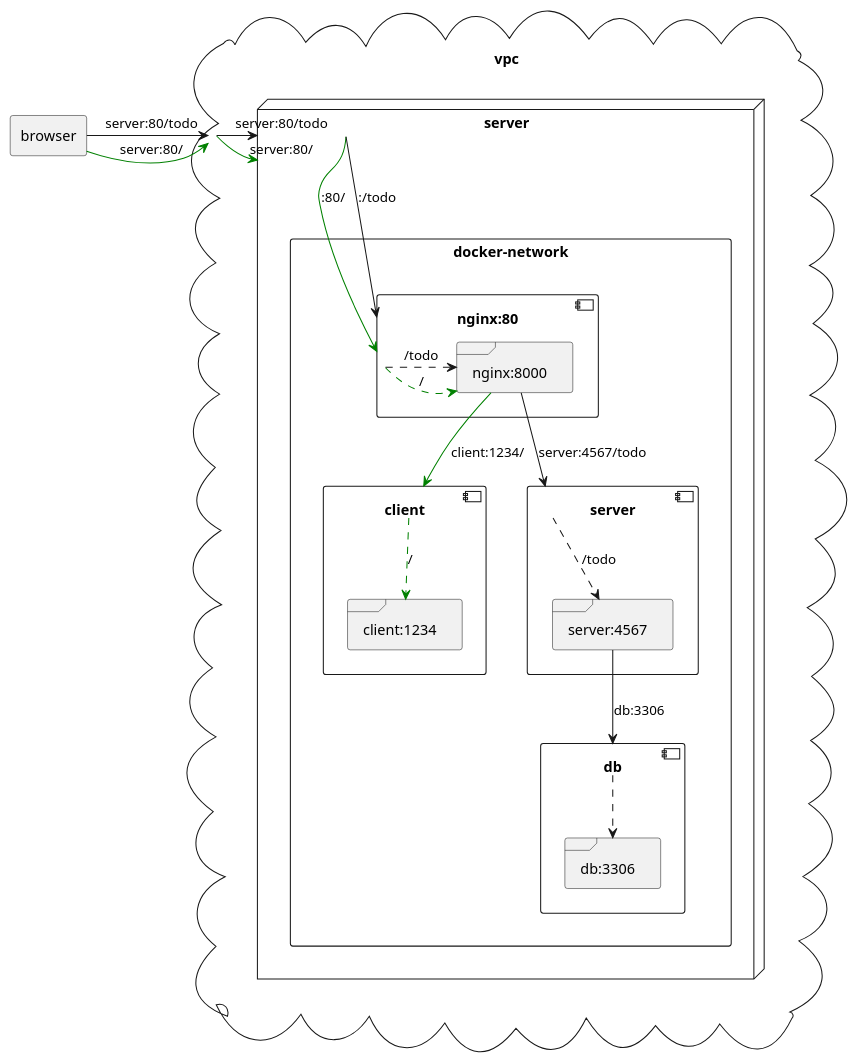
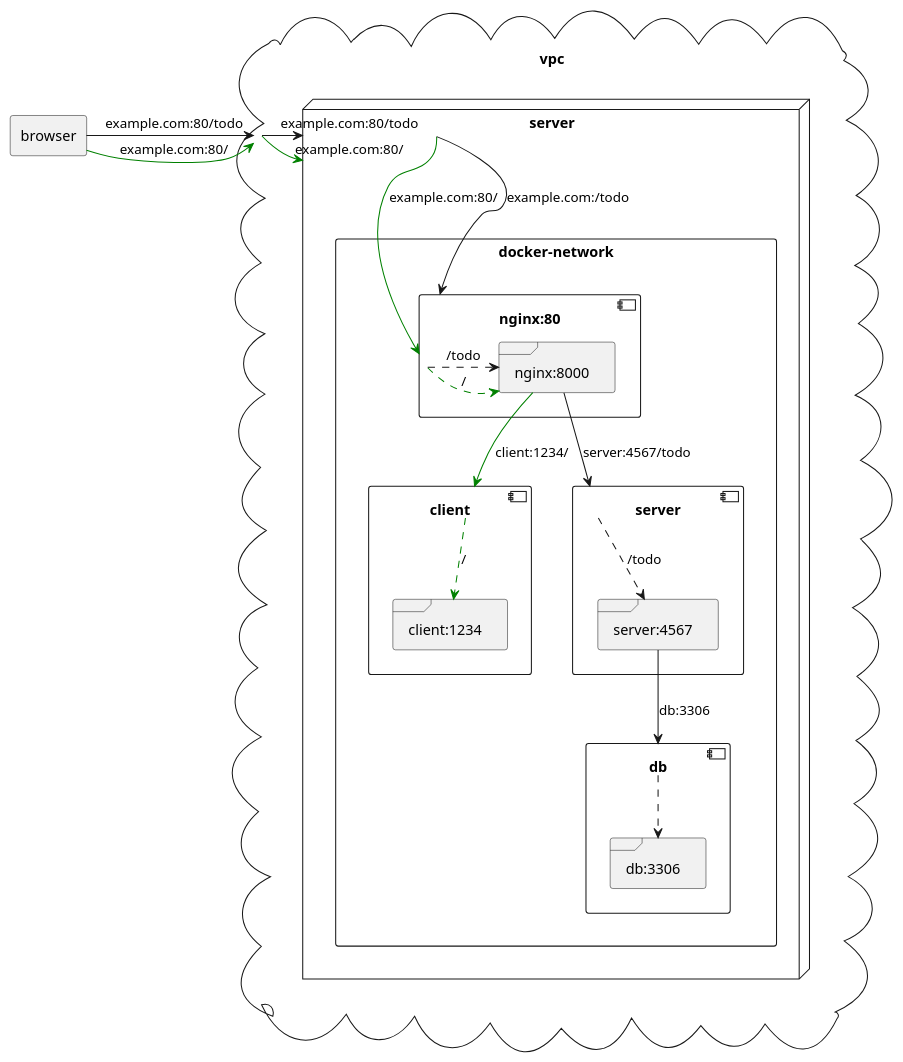
Before and after one commit to ibwgr/todomvc-es6-custom: the diagram in docker-deployment.plantuml, drawn with PlantUML. The commit also changed 1 other file, not shown here.

```diff
--- a/docker-deployment.plantuml
+++ b/docker-deployment.plantuml
@@ -1,50 +1,50 @@
 @startuml
 agent browser
 
 cloud vpc {
     node "server" {
         rectangle docker-network {
             component nginx:80 as nc {
                 frame nginx:8000 as np {
                 }
             }
             component client as cc {
                 frame client:1234 as cp {
                 }
             }
             component server as sc {
                 frame server:4567 as sp {
                 }
             }
             component db as dc {
                 frame db:3306 as dp {
                 }
             }
         }
     }
 }
 
-browser -> vpc#green: server:80/
-vpc -> server#green: server:80/
-server -do-> nc#green: :80/
+browser -> vpc#green: example.com:80/
+vpc -> server#green: example.com:80/
+server -do-> nc#green: example.com:80/
 nc .ri-> np#green :/
 
 np -do-> cc#green :client:1234/
 cc .-> cp#green :/
 
 
-browser -> vpc: server:80/todo
-vpc -> server: server:80/todo
-server -do-> nc: :/todo
+browser -> vpc: example.com:80/todo
+vpc -> server: example.com:80/todo
+server -do-> nc: example.com:/todo
 nc .ri-> np :/todo
 
 np -do-> sc :server:4567/todo
 sc .-> sp :/todo
 
 sp -do-> dc :db:3306
 dc .-> dp
 
 
 
 
 @enduml
```
